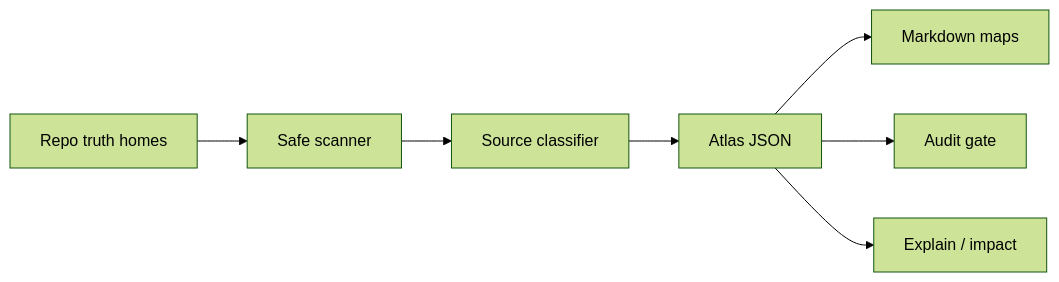
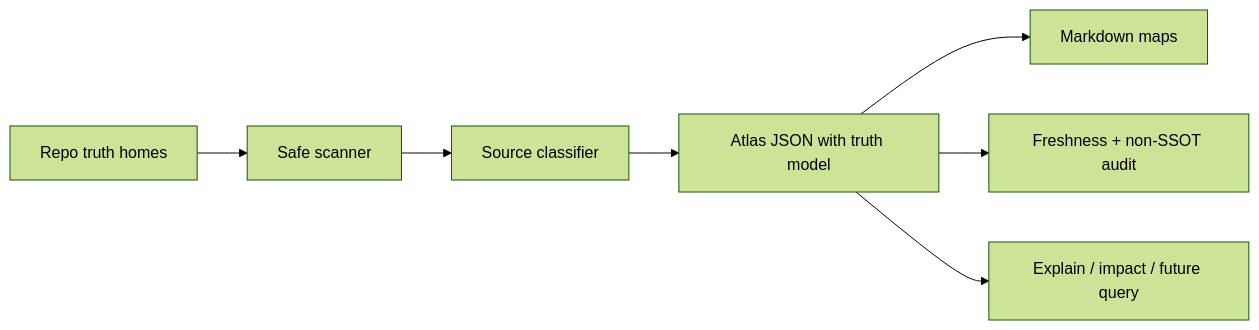
Before and after one commit to SylphxAI/groundatlas: the diagram in README.md, drawn with Mermaid (forest theme). The commit also changed other lines of this file and 24 other files, not shown here.

Commit message:
Define GroundAtlas adoption truth model (#2)

````diff
--- a/README.md
+++ b/README.md
@@ -66,9 +128,9 @@
 ```mermaid
 flowchart LR
   A["Repo truth homes"] --> B["Safe scanner"]
   B --> C["Source classifier"]
-  C --> D["Atlas JSON"]
+  C --> D["Atlas JSON with truth model"]
   D --> E["Markdown maps"]
-  D --> F["Audit gate"]
-  D --> G["Explain / impact"]
+  D --> F["Freshness + non-SSOT audit"]
+  D --> G["Explain / impact / future query"]
 ```
````
